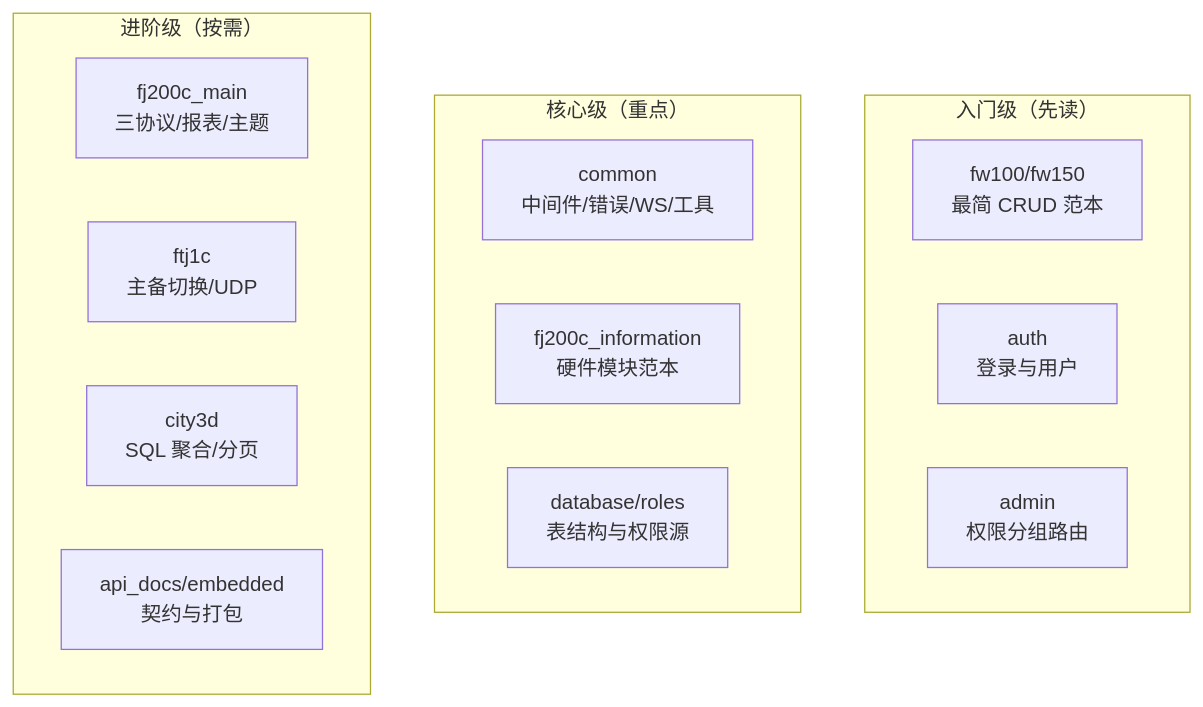
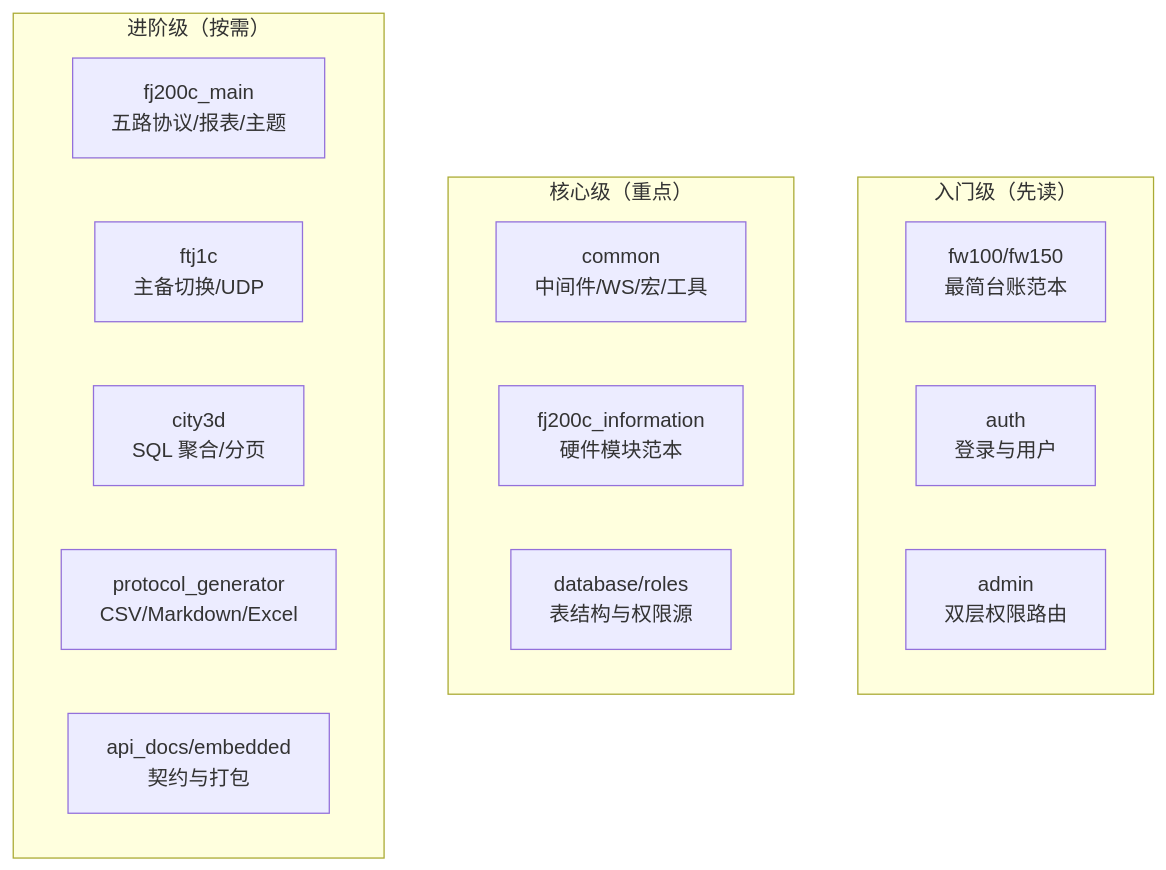
Diagram 11 of 12 in docs/tutorial/03-后端逐模块精读.md (3123958139/RustWeb-Vue), drawn with Mermaid before and after one commit. The commit also changed other lines of this file and 8 other files, not shown here.

````diff
--- a/docs/tutorial/03-后端逐模块精读.md
+++ b/docs/tutorial/03-后端逐模块精读.md
@@ -2015,19 +2929,20 @@
 ```mermaid
 flowchart TD
     subgraph 入门级["入门级（先读）"]
-        M1[fw100/fw150<br/>最简 CRUD 范本]
+        M1[fw100/fw150<br/>最简台账范本]
         M2[auth<br/>登录与用户]
-        M3[admin<br/>权限分组路由]
+        M3[admin<br/>双层权限路由]
     end
     subgraph 核心级["核心级（重点）"]
-        M4[common<br/>中间件/错误/WS/工具]
+        M4[common<br/>中间件/WS/宏/工具]
         M5[fj200c_information<br/>硬件模块范本]
         M6[database/roles<br/>表结构与权限源]
     end
     subgraph 进阶级["进阶级（按需）"]
-        M7[fj200c_main<br/>三协议/报表/主题]
+        M7[fj200c_main<br/>五路协议/报表/主题]
         M8[ftj1c<br/>主备切换/UDP]
         M9[city3d<br/>SQL 聚合/分页]
-        M10[api_docs/embedded<br/>契约与打包]
+        M10[protocol_generator<br/>CSV/Markdown/Excel]
+        M11[api_docs/embedded<br/>契约与打包]
     end
 ```
````
